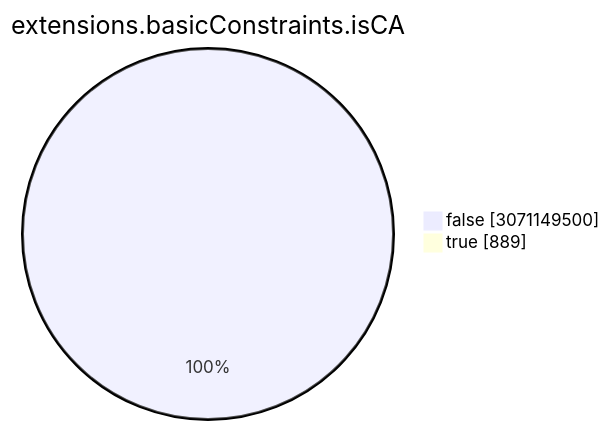
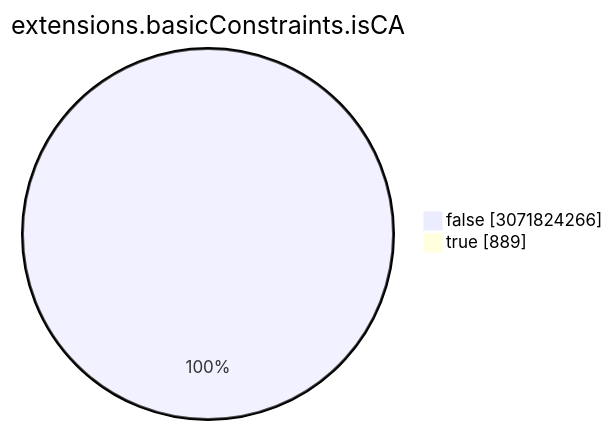
The seventh of 15 diagrams in TOTAL/README.md (christiankrug/ctmonitor_visualization), drawn with Mermaid before and after one commit. The commit also changed other lines of this file, not shown here.

````diff
--- a/TOTAL/README.md
+++ b/TOTAL/README.md
@@ -3086,6 +3086,6 @@
 ```mermaid
 pie showData
 title extensions.basicConstraints.isCA
-"false" :3071149500
+"false" :3071824266
 "true" :889
 ```
````
